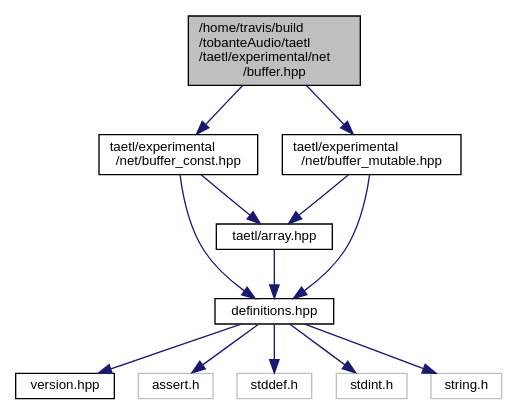
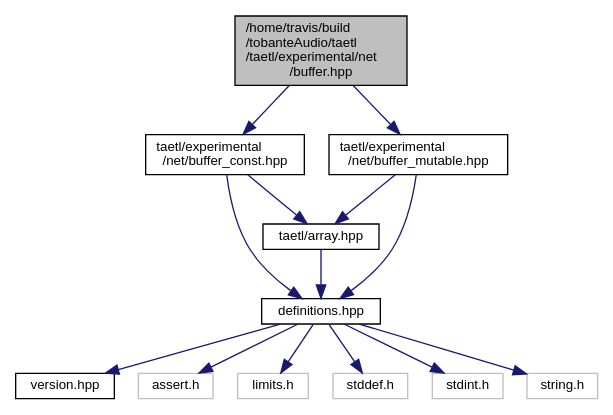
One commit to tobanteAudio/taetl changed the diagram in buffer_8hpp__incl.dot. Above: the diagram before and after it, drawn with Graphviz. The commit also changed 198 other files, not shown here.

```diff
--- a/buffer_8hpp__incl.dot
+++ b/buffer_8hpp__incl.dot
@@ -1,27 +1,29 @@
 digraph "/home/travis/build/tobanteAudio/taetl/taetl/experimental/net/buffer.hpp"
 {
   edge [fontname="Helvetica",fontsize="10",labelfontname="Helvetica",labelfontsize="10"];
   node [fontname="Helvetica",fontsize="10",shape=record];
   Node0 [label="/home/travis/build\l/tobanteAudio/taetl\l/taetl/experimental/net\l/buffer.hpp",height=0.2,width=0.4,color="black", fillcolor="grey75", style="filled", fontcolor="black"];
   Node0 -> Node1 [color="midnightblue",fontsize="10",style="solid",fontname="Helvetica"];
   Node1 [label="taetl/experimental\l/net/buffer_const.hpp",height=0.2,width=0.4,color="black", fillcolor="white", style="filled",URL="$buffer__const_8hpp.html"];
   Node1 -> Node2 [color="midnightblue",fontsize="10",style="solid",fontname="Helvetica"];
   Node2 [label="taetl/array.hpp",height=0.2,width=0.4,color="black", fillcolor="white", style="filled",URL="$array_8hpp.html"];
   Node2 -> Node3 [color="midnightblue",fontsize="10",style="solid",fontname="Helvetica"];
   Node3 [label="definitions.hpp",height=0.2,width=0.4,color="black", fillcolor="white", style="filled",URL="$definitions_8hpp.html"];
   Node3 -> Node4 [color="midnightblue",fontsize="10",style="solid",fontname="Helvetica"];
   Node4 [label="version.hpp",height=0.2,width=0.4,color="black", fillcolor="white", style="filled",URL="$version_8hpp.html"];
   Node3 -> Node5 [color="midnightblue",fontsize="10",style="solid",fontname="Helvetica"];
   Node5 [label="assert.h",height=0.2,width=0.4,color="grey75", fillcolor="white", style="filled"];
   Node3 -> Node6 [color="midnightblue",fontsize="10",style="solid",fontname="Helvetica"];
-  Node6 [label="stddef.h",height=0.2,width=0.4,color="grey75", fillcolor="white", style="filled"];
+  Node6 [label="limits.h",height=0.2,width=0.4,color="grey75", fillcolor="white", style="filled"];
   Node3 -> Node7 [color="midnightblue",fontsize="10",style="solid",fontname="Helvetica"];
-  Node7 [label="stdint.h",height=0.2,width=0.4,color="grey75", fillcolor="white", style="filled"];
+  Node7 [label="stddef.h",height=0.2,width=0.4,color="grey75", fillcolor="white", style="filled"];
   Node3 -> Node8 [color="midnightblue",fontsize="10",style="solid",fontname="Helvetica"];
-  Node8 [label="string.h",height=0.2,width=0.4,color="grey75", fillcolor="white", style="filled"];
+  Node8 [label="stdint.h",height=0.2,width=0.4,color="grey75", fillcolor="white", style="filled"];
+  Node3 -> Node9 [color="midnightblue",fontsize="10",style="solid",fontname="Helvetica"];
+  Node9 [label="string.h",height=0.2,width=0.4,color="grey75", fillcolor="white", style="filled"];
   Node1 -> Node3 [color="midnightblue",fontsize="10",style="solid",fontname="Helvetica"];
-  Node0 -> Node9 [color="midnightblue",fontsize="10",style="solid",fontname="Helvetica"];
-  Node9 [label="taetl/experimental\l/net/buffer_mutable.hpp",height=0.2,width=0.4,color="black", fillcolor="white", style="filled",URL="$buffer__mutable_8hpp.html"];
-  Node9 -> Node2 [color="midnightblue",fontsize="10",style="solid",fontname="Helvetica"];
-  Node9 -> Node3 [color="midnightblue",fontsize="10",style="solid",fontname="Helvetica"];
+  Node0 -> Node10 [color="midnightblue",fontsize="10",style="solid",fontname="Helvetica"];
+  Node10 [label="taetl/experimental\l/net/buffer_mutable.hpp",height=0.2,width=0.4,color="black", fillcolor="white", style="filled",URL="$buffer__mutable_8hpp.html"];
+  Node10 -> Node2 [color="midnightblue",fontsize="10",style="solid",fontname="Helvetica"];
+  Node10 -> Node3 [color="midnightblue",fontsize="10",style="solid",fontname="Helvetica"];
 }
```
